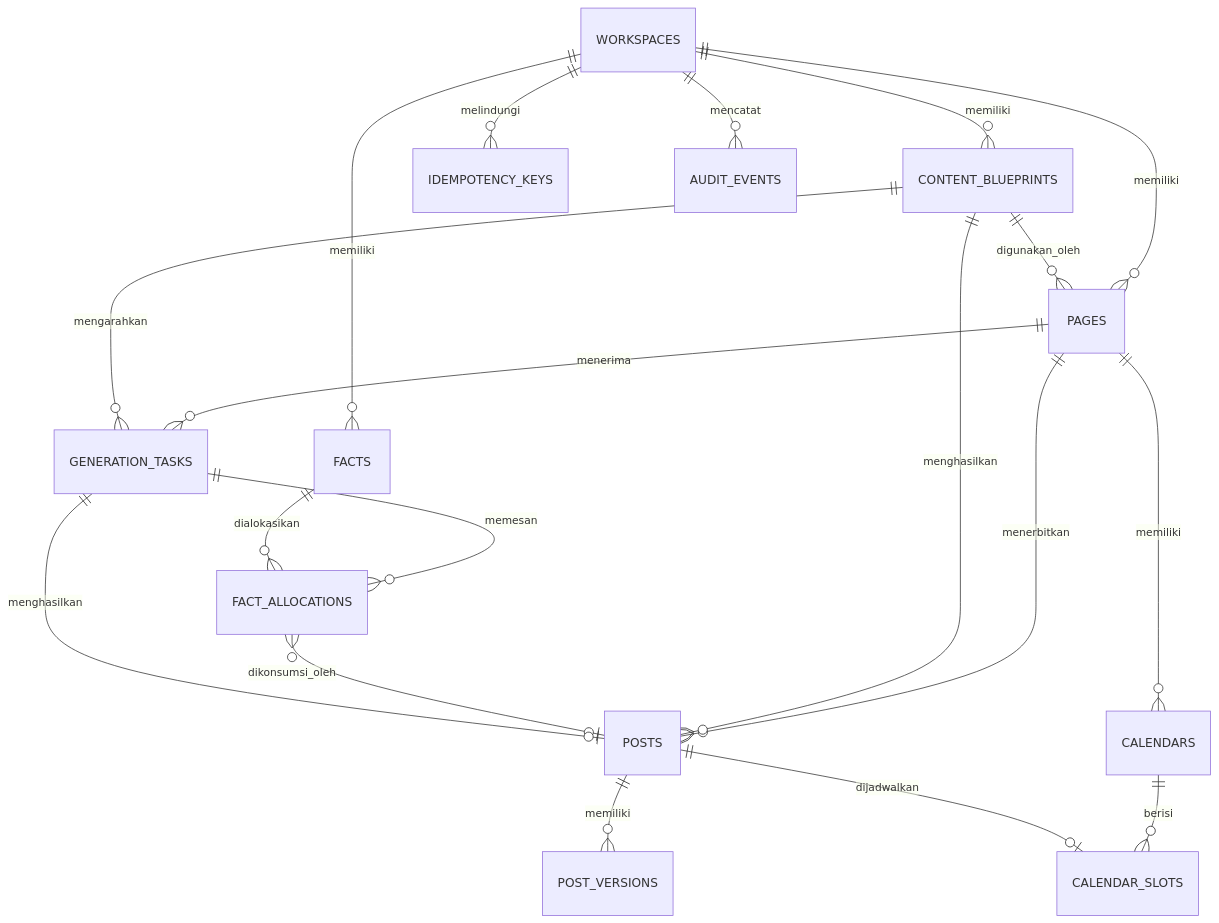
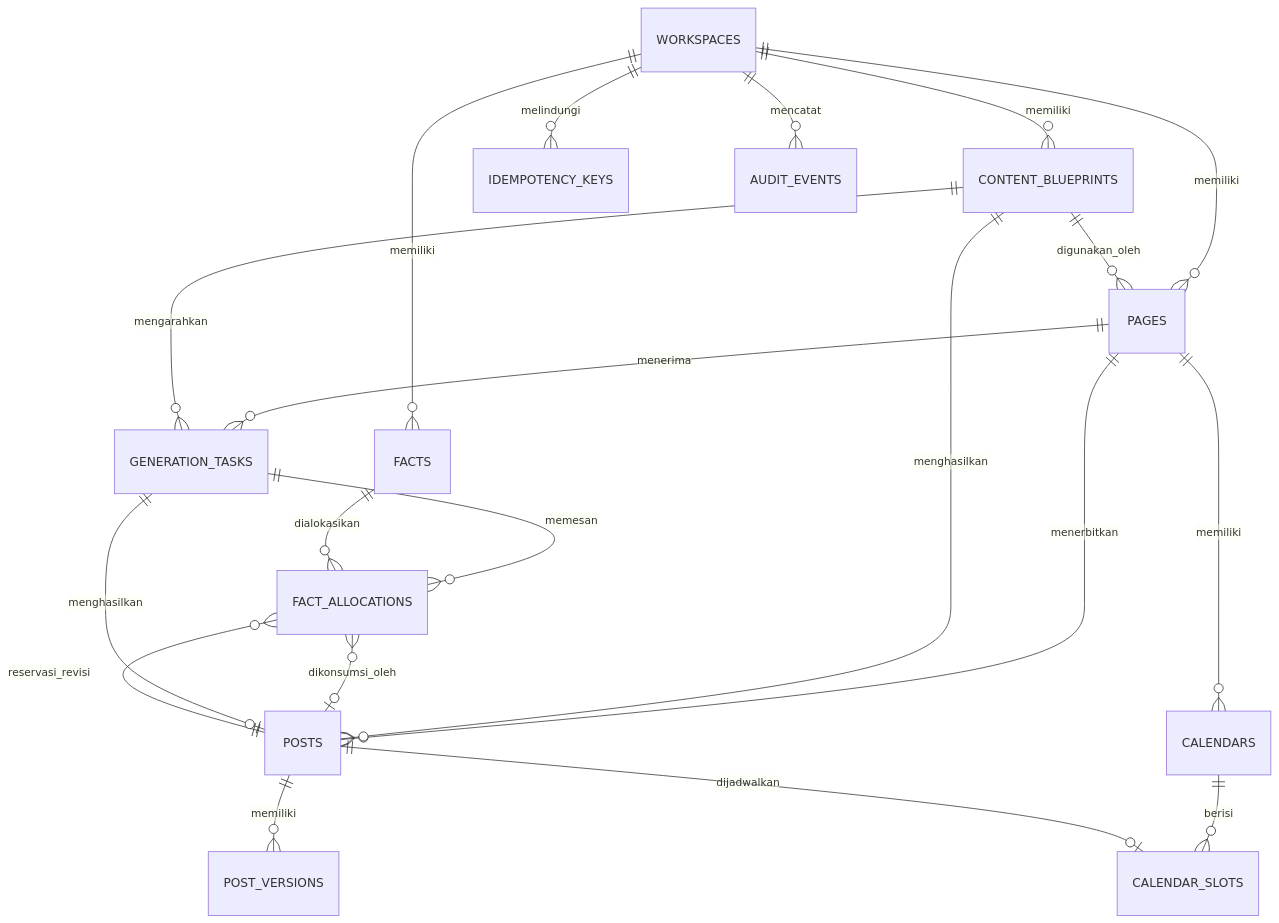
The diagram in plans/database-design.md (milyarderpro/content-producer), drawn with Mermaid before and after one commit. The commit also changed other lines of this file and 2 other files, not shown here.

````diff
--- a/plans/database-design.md
+++ b/plans/database-design.md
@@ -363,26 +378,27 @@
 ```mermaid
 erDiagram
     WORKSPACES ||--o{ CONTENT_BLUEPRINTS : memiliki
     WORKSPACES ||--o{ PAGES : memiliki
     CONTENT_BLUEPRINTS ||--o{ PAGES : digunakan_oleh
 
     WORKSPACES ||--o{ FACTS : memiliki
     PAGES ||--o{ GENERATION_TASKS : menerima
     CONTENT_BLUEPRINTS ||--o{ GENERATION_TASKS : mengarahkan
 
     GENERATION_TASKS ||--o{ FACT_ALLOCATIONS : memesan
     FACTS ||--o{ FACT_ALLOCATIONS : dialokasikan
 
     PAGES ||--o{ POSTS : menerbitkan
     CONTENT_BLUEPRINTS ||--o{ POSTS : menghasilkan
     POSTS ||--o{ POST_VERSIONS : memiliki
+    POSTS ||--o{ FACT_ALLOCATIONS : reservasi_revisi
     FACT_ALLOCATIONS }o--o| POSTS : dikonsumsi_oleh
     GENERATION_TASKS ||--o| POSTS : menghasilkan
 
     PAGES ||--o{ CALENDARS : memiliki
     CALENDARS ||--o{ CALENDAR_SLOTS : berisi
     POSTS ||--o| CALENDAR_SLOTS : dijadwalkan
 
     WORKSPACES ||--o{ IDEMPOTENCY_KEYS : melindungi
     WORKSPACES ||--o{ AUDIT_EVENTS : mencatat
 ```
````
